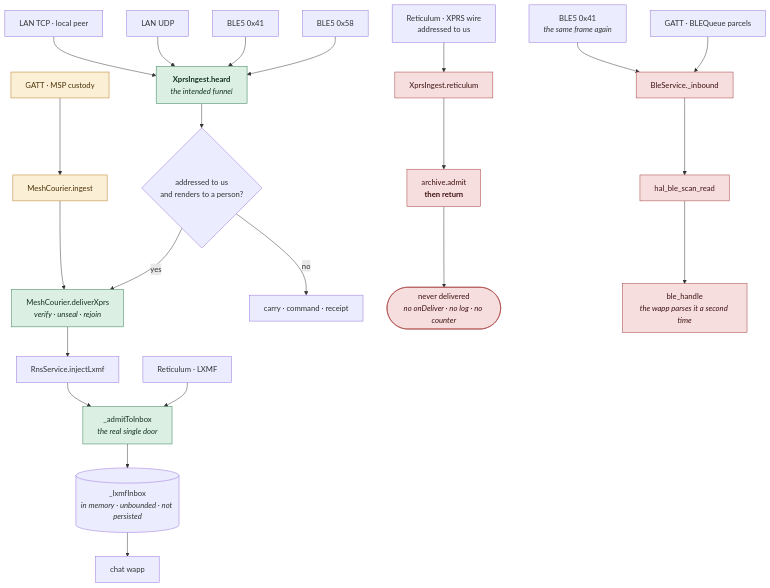
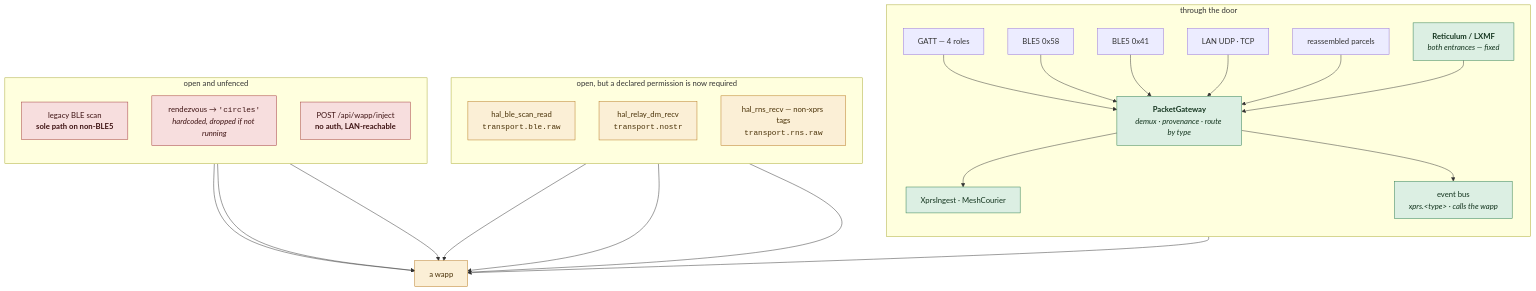
Before and after one commit to xprs-dev/app: the second of 9 diagrams in docs/diagrams/message-receive-flow.md, drawn with Mermaid. The commit also changed other lines of this file and 1 other file, not shown here.

First line of the commit message:
The door audit: what goes through it, and what still does not

````diff
--- a/docs/diagrams/message-receive-flow.md
+++ b/docs/diagrams/message-receive-flow.md
@@ -94,37 +94,45 @@
 ```mermaid
 flowchart TD
-    B58["BLE5 0x58"] --> HEARD
-    B41x["BLE5 0x41"] --> HEARD
-    UDP["LAN UDP"] --> HEARD
-    TCPl["LAN TCP · local peer"] --> HEARD
-    HEARD["<b>XprsIngest.heard</b><br/><i>the intended funnel</i>"]
+    subgraph THROUGH["through the door"]
+        direction TB
+        G["<b>PacketGateway</b><br/><i>demux · provenance · route by type</i>"]
+        GATT["GATT — 4 roles"] --> G
+        A58["BLE5 0x58"] --> G
+        A41["BLE5 0x41"] --> G
+        LANU["LAN UDP · TCP"] --> G
+        PARC["reassembled parcels"] --> G
+        RNS["<b>Reticulum / LXMF</b><br/><i>both entrances — fixed</i>"] --> G
+        G --> FUN["XprsIngest · MeshCourier"]
+        G --> BUS["event bus<br/><i>xprs.&lt;type&gt; · calls the wapp</i>"]
+    end
 
-    HEARD --> FORUS{"addressed to us<br/>and renders to a person?"}
-    FORUS -- yes --> DELIV["MeshCourier.deliverXprs<br/><i>verify · unseal · rejoin</i>"]
-    FORUS -- no --> OTHER["carry · command · receipt"]
-    DELIV --> INJ["RnsService.injectLxmf"]
+    subgraph FENCED["open, but a declared permission is now required"]
+        direction TB
+        RAW["hal_ble_scan_read<br/><code>transport.ble.raw</code>"]
+        DM["hal_relay_dm_recv<br/><code>transport.nostr</code>"]
+        DGRAM["hal_rns_recv — non-xprs tags<br/><code>transport.rns.raw</code>"]
+    end
 
-    LXMFin["Reticulum · LXMF"] --> ADMIT["_admitToInbox<br/><i>the real single door</i>"]
-    INJ --> ADMIT
-    ADMIT --> INBOX[("_lxmfInbox<br/><i>in memory · unbounded · not persisted</i>")]
-    INBOX --> WAPP["chat wapp"]
+    subgraph OPEN["open and unfenced"]
+        direction TB
+        LEG["legacy BLE scan<br/><b>sole path on non-BLE5</b>"]
+        RV["rendezvous → <code>'circles'</code><br/><i>hardcoded, dropped if not running</i>"]
+        INJ["POST /api/wapp/inject<br/><b>no auth, LAN-reachable</b>"]
+    end
 
-    MSPin["GATT · MSP custody"] --> ING["MeshCourier.ingest"]
-    ING --> DELIV
-
-    RNSX["Reticulum · XPRS wire<br/>addressed to us"] --> RET["XprsIngest.reticulum"]
-    RET --> ARCHONLY["archive.admit<br/><b>then return</b>"]
-    ARCHONLY --> NOWHERE(["never delivered<br/><i>no onDeliver · no log · no counter</i>"])
-
-    PARC["GATT · BLEQueue parcels"] --> RAW
-    B41raw["BLE5 0x41<br/><i>the same frame again</i>"] --> RAW
-    RAW["BleService._inbound"] --> SCAN["hal_ble_scan_read"]
-    SCAN --> BH["ble_handle<br/><i>the wapp parses it a second time</i>"]
+    BUS --> W["a wapp"]
+    RAW --> W
+    DM --> W
+    DGRAM --> W
+    LEG --> W
+    RV --> W
+    INJ --> W
 
     classDef good fill:#DCEFE3,stroke:#2E7D4F,color:#14351F
+    classDef warn fill:#FBEFD6,stroke:#B7791F,color:#4A3208
     classDef bad  fill:#F7DEDE,stroke:#A33A3A,color:#3F1414
-    classDef warn fill:#FBEFD6,stroke:#B7791F,color:#4A3208
-    class HEARD,ADMIT,DELIV good
-    class RET,ARCHONLY,NOWHERE,RAW,SCAN,BH bad
-    class MSPin,ING warn
+    class G,FUN,BUS,RNS good
+    class RAW,DM,DGRAM warn
+    class LEG,RV,INJ bad
+    class W warn
 ```
````
